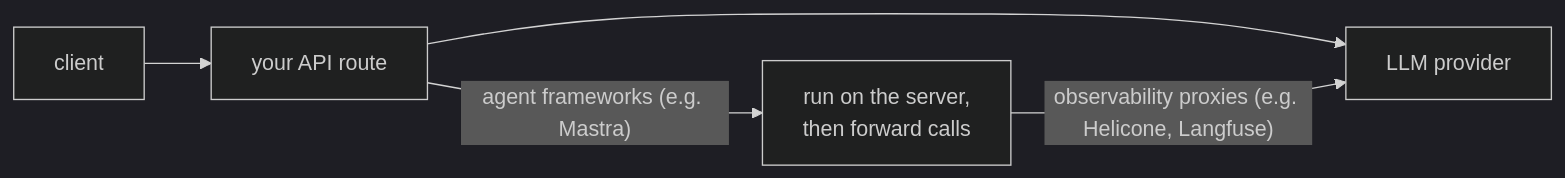
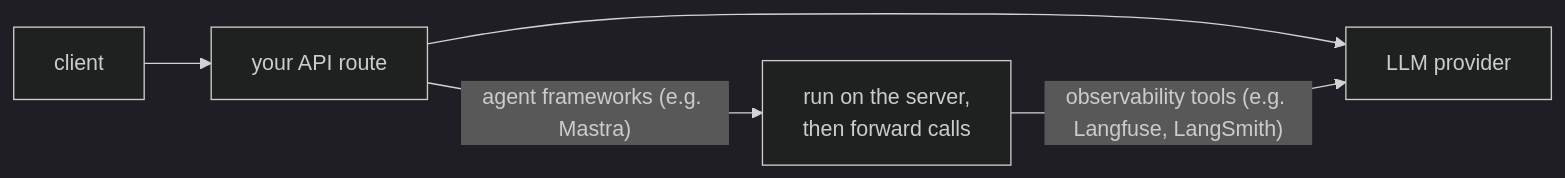
Before and after one commit to assistant-ui/assistant-ui: the diagram in apps/docs/content/docs/integrations/index.mdx, drawn with Mermaid (dark theme). The commit also changed other lines of this file and 8 other files, not shown here.

````diff
--- a/apps/docs/content/docs/integrations/index.mdx
+++ b/apps/docs/content/docs/integrations/index.mdx
@@ -18,6 +17,6 @@
 ```mermaid
 flowchart LR
     client["client"] --> route["your API route"] --> provider["LLM provider"]
     route -->|"agent frameworks (e.g. Mastra)"| server["run on the server,<br/>then forward calls"]
-    server -->|"observability proxies (e.g. Helicone, Langfuse)"| provider
+    server -->|"observability tools (e.g. Langfuse, LangSmith)"| provider
 ```
````
